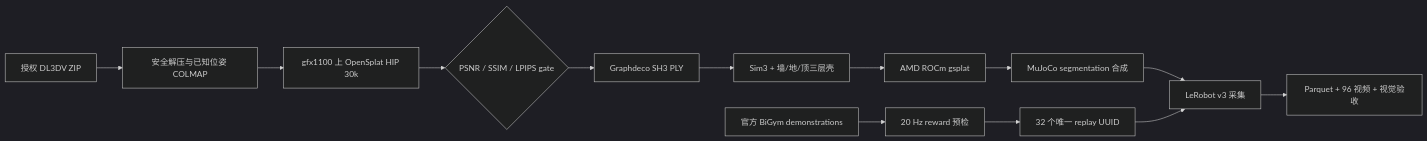
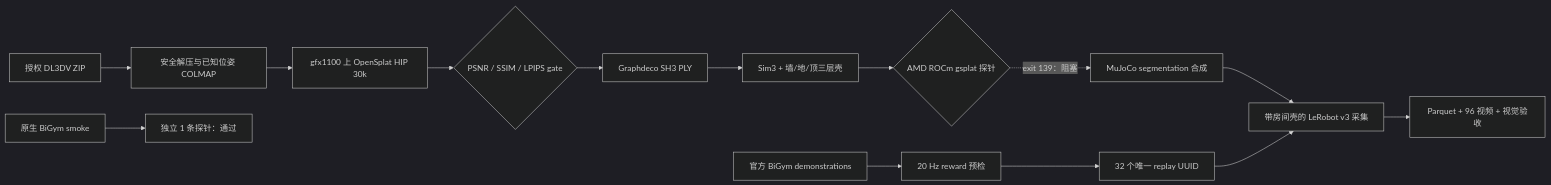
One commit to eust-w/amd-bigym-3dgs-rocm changed the diagram in README.zh-CN.md. Above: the diagram before and after it, drawn with Mermaid (dark theme). The commit also changed other lines of this file and 19 other files, not shown here.

````diff
--- a/README.zh-CN.md
+++ b/README.zh-CN.md
@@ -68,15 +73,16 @@
 ```mermaid
 flowchart LR
   A[授权 DL3DV ZIP] --> B[安全解压与已知位姿 COLMAP]
   B --> C[gfx1100 上 OpenSplat HIP 30k]
   C --> D{PSNR / SSIM / LPIPS gate}
   D --> E[Graphdeco SH3 PLY]
   E --> F[Sim3 + 墙/地/顶三层壳]
-  F --> G[AMD ROCm gsplat]
-  G --> H[MuJoCo segmentation 合成]
+  F --> G{AMD ROCm gsplat 探针}
+  G -. exit 139：阻塞 .-> H[MuJoCo segmentation 合成]
   I[官方 BiGym demonstrations] --> J[20 Hz reward 预检]
   J --> K[32 个唯一 replay UUID]
-  H --> L[LeRobot v3 采集]
+  H --> L[带房间壳的 LeRobot v3 采集]
   K --> L
   L --> M[Parquet + 96 视频 + 视觉验收]
+  N[原生 BiGym smoke] --> O[独立 1 条探针：通过]
 ```
````
